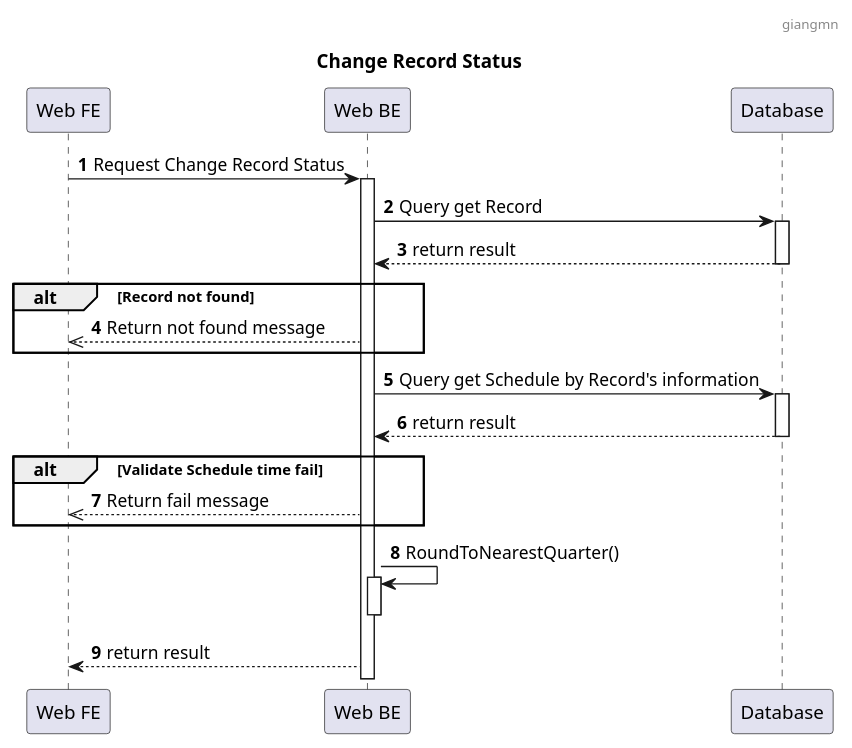
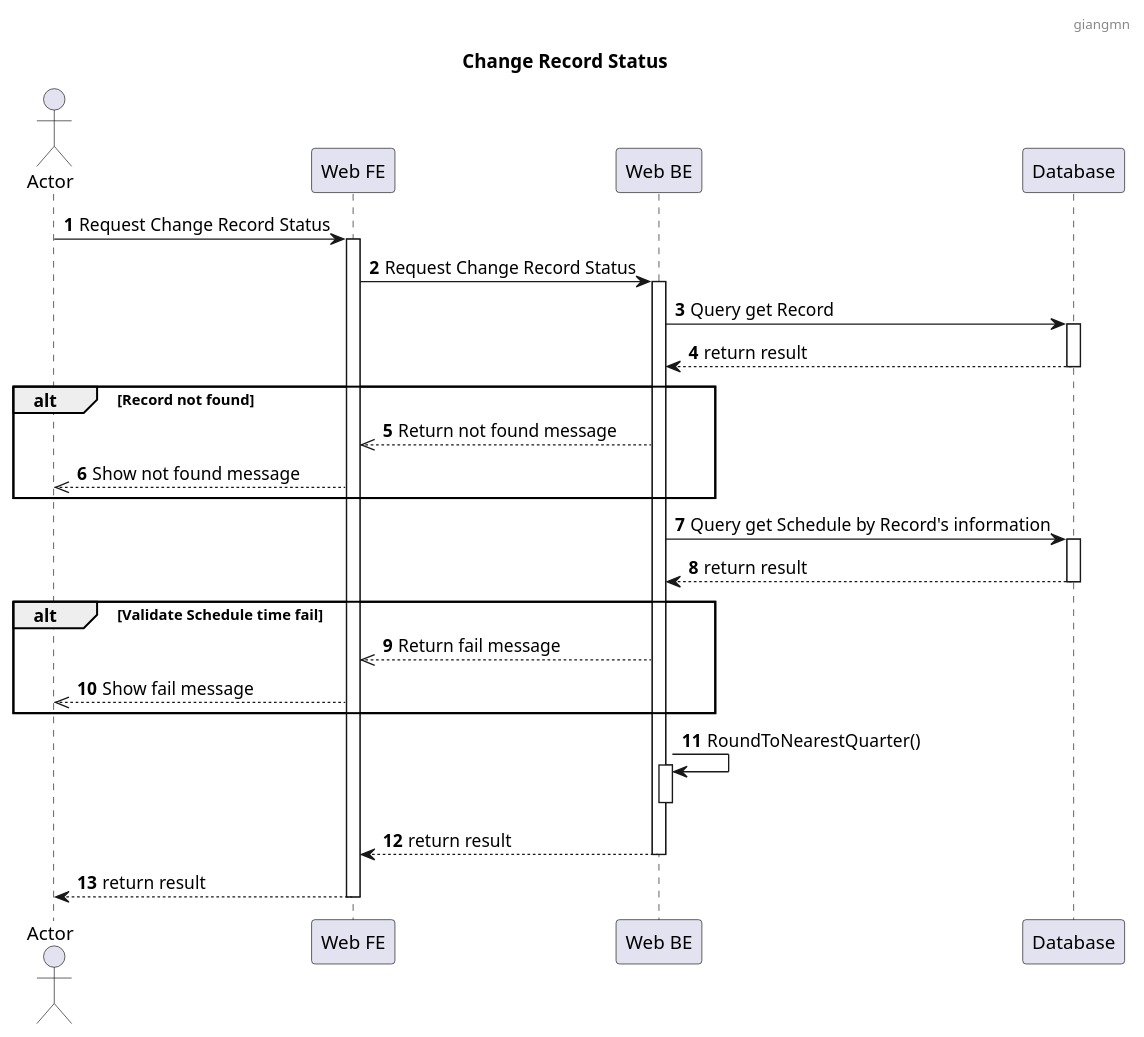
The diagram in Record/Change Record Status.puml (jang1902/SEP490_Sequence), drawn with PlantUML before and after one commit. The commit also changed 12 other files, not shown here.

```diff
--- a/Record/Change Record Status.puml
+++ b/Record/Change Record Status.puml
@@ -1,30 +1,38 @@
 @startuml
 header : giangmn
 title: Change Record Status
 autonumber
 
+actor "Actor" as a
 participant "Web FE" as fe
 participant "Web BE" as be
 participant "Database" as db
 
+a->fe: Request Change Record Status
+fe++
 fe -> be: Request Change Record Status
 be++
 be -> db: Query get Record
 db++
 db --> be: return result
 db--
 alt Record not found
 be -->> fe: Return not found message
+fe -->> a: Show not found message
 end
 be -> db: Query get Schedule by Record's information
 db++
 db --> be: return result
 db--
 alt Validate Schedule time fail
 be -->> fe: Return fail message
+fe -->> a: Show fail message
 end
 be->be: RoundToNearestQuarter()
 be++
 be--
 be --> fe: return result
+be--
+fe--> a: return result
+fe--
 @enduml
```
